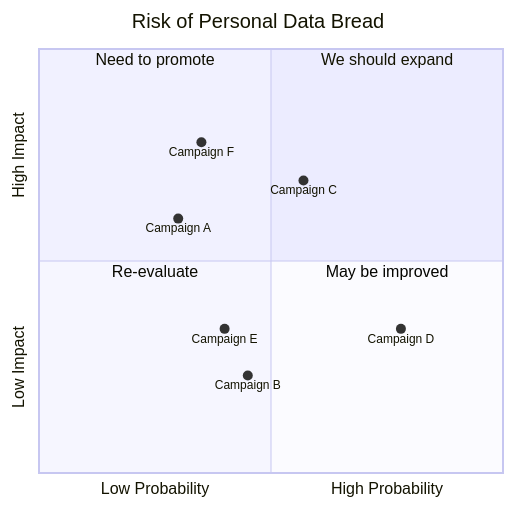
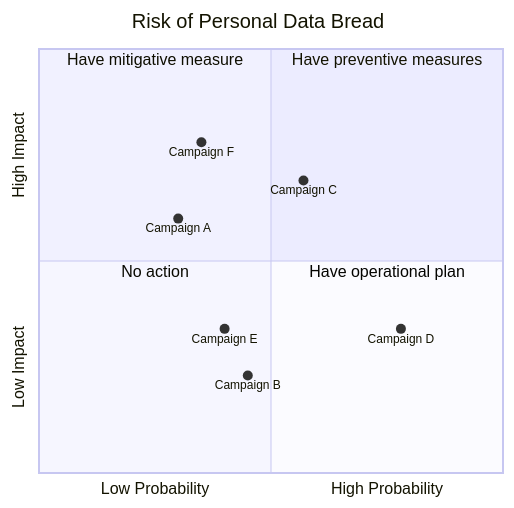
The fourth of 4 diagrams in README.md (Kietpawpan/pdpa), drawn with Mermaid before and after one commit.

````diff
--- a/README.md
+++ b/README.md
@@ -87,16 +87,16 @@
 ```mermaid
 quadrantChart
     title Risk of Personal Data Bread
     x-axis Low Probability --> High Probability
     y-axis Low Impact --> High Impact
-    quadrant-1 We should expand
-    quadrant-2 Need to promote
-    quadrant-3 Re-evaluate
-    quadrant-4 May be improved
+    quadrant-1 Have preventive measures
+    quadrant-2 Have mitigative measure
+    quadrant-3 No action
+    quadrant-4 Have operational plan
     Campaign A: [0.3, 0.6]
     Campaign B: [0.45, 0.23]
     Campaign C: [0.57, 0.69]
     Campaign D: [0.78, 0.34]
     Campaign E: [0.40, 0.34]
     Campaign F: [0.35, 0.78]
 ```
````
